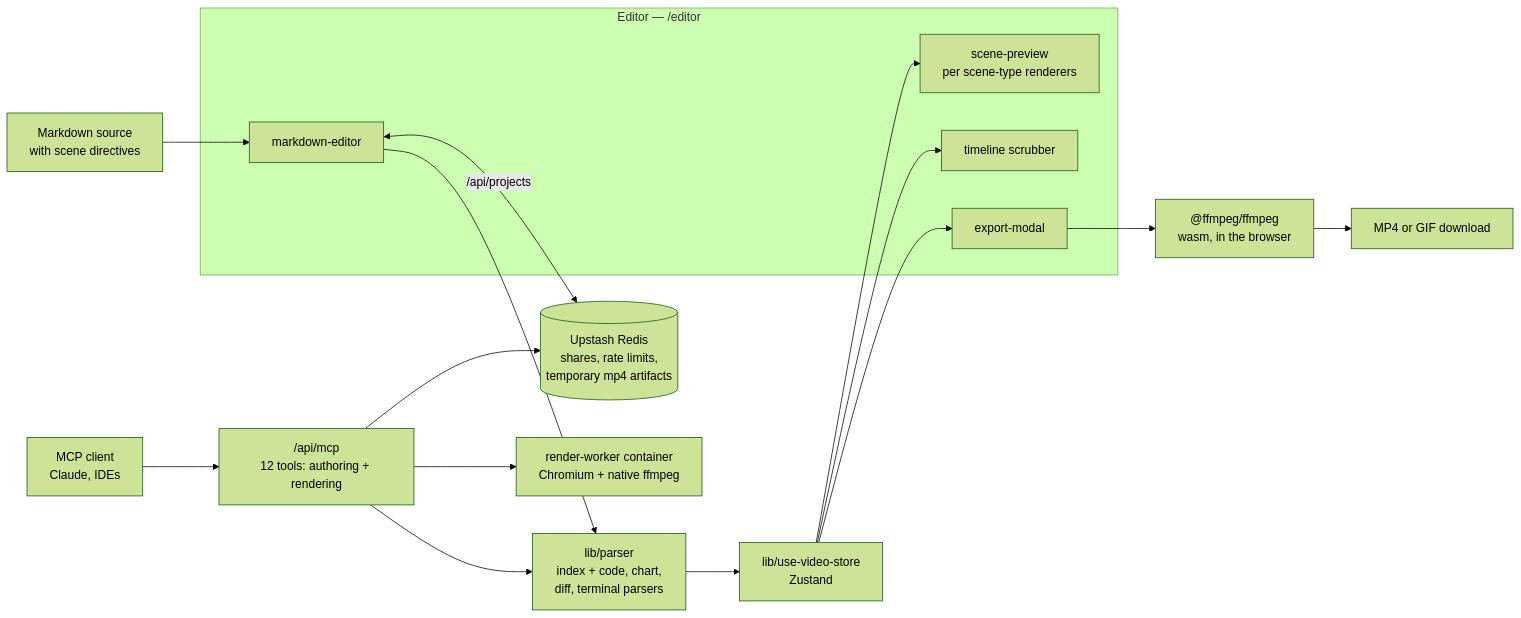
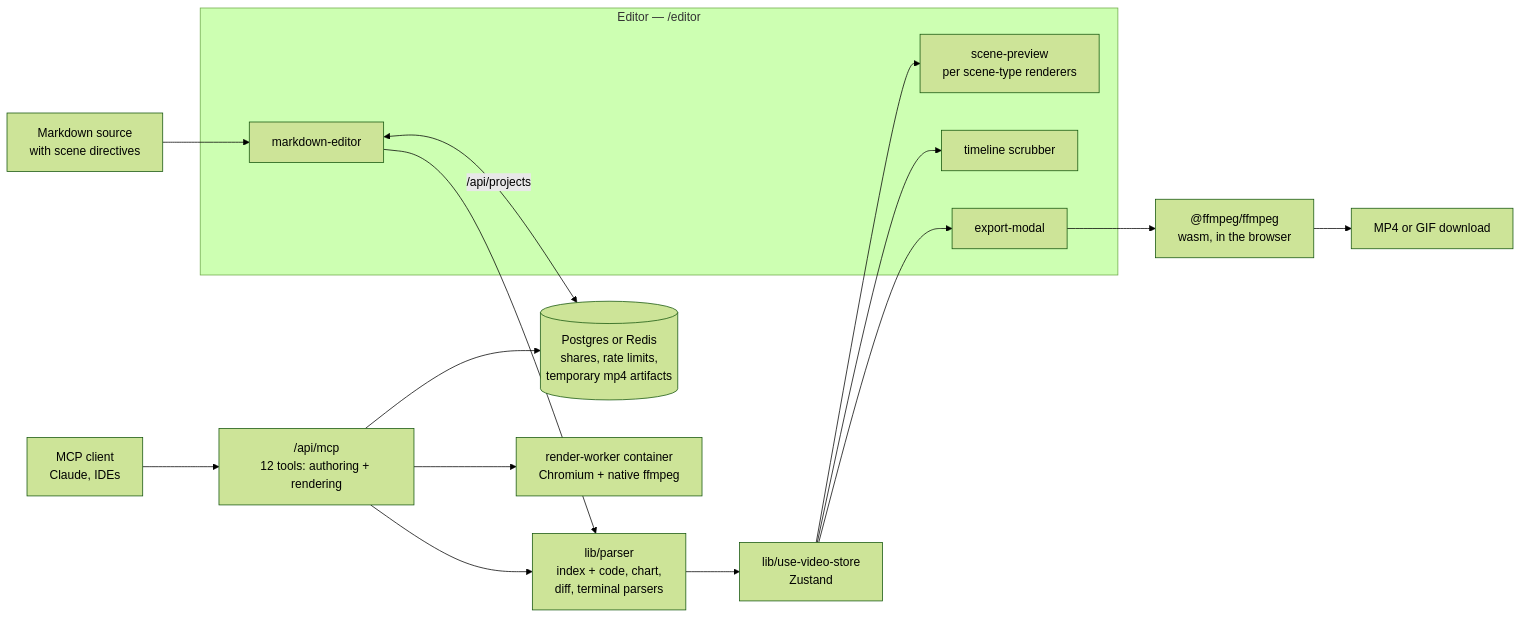
One commit to Avik-creator/markdown_video changed the diagram in README.md. Above: the diagram before and after it, drawn with Mermaid (forest theme). The commit also changed other lines of this file and 19 other files, not shown here.

First line of the commit message:
feat: migrate storage and rate limiting to Neon Postgres (#30)

````diff
--- a/README.md
+++ b/README.md
@@ -58,34 +58,34 @@
 ```mermaid
 flowchart LR
     MD["Markdown source<br/>with scene directives"]
     AGENT["MCP client<br/>Claude, IDEs"]
 
     subgraph EDITOR["Editor — /editor"]
         ED["markdown-editor"]
         PREV["scene-preview<br/>per scene-type renderers"]
         TL["timeline scrubber"]
         EXP["export-modal"]
     end
 
     PARSE["lib/parser<br/>index + code, chart,<br/>diff, terminal parsers"]
     STORE["lib/use-video-store<br/>Zustand"]
     MCP["/api/mcp<br/>12 tools: authoring + rendering"]
     FF["@ffmpeg/ffmpeg<br/>wasm, in the browser"]
     MP4["MP4 or GIF download"]
-    REDIS[("Upstash Redis<br/>shares, rate limits,<br/>temporary mp4 artifacts")]
+    DB[("Postgres or Redis<br/>shares, rate limits,<br/>temporary mp4 artifacts")]
     WORKER["render-worker container<br/>Chromium + native ffmpeg"]
 
     MD --> ED
     ED --> PARSE
     PARSE --> STORE
     STORE --> PREV
     STORE --> TL
     STORE --> EXP
     EXP --> FF
     FF --> MP4
-    ED <-->|"/api/projects"| REDIS
+    ED <-->|"/api/projects"| DB
     AGENT --> MCP
     MCP --> PARSE
     MCP --> WORKER
-    MCP --> REDIS
+    MCP --> DB
 ```
````
